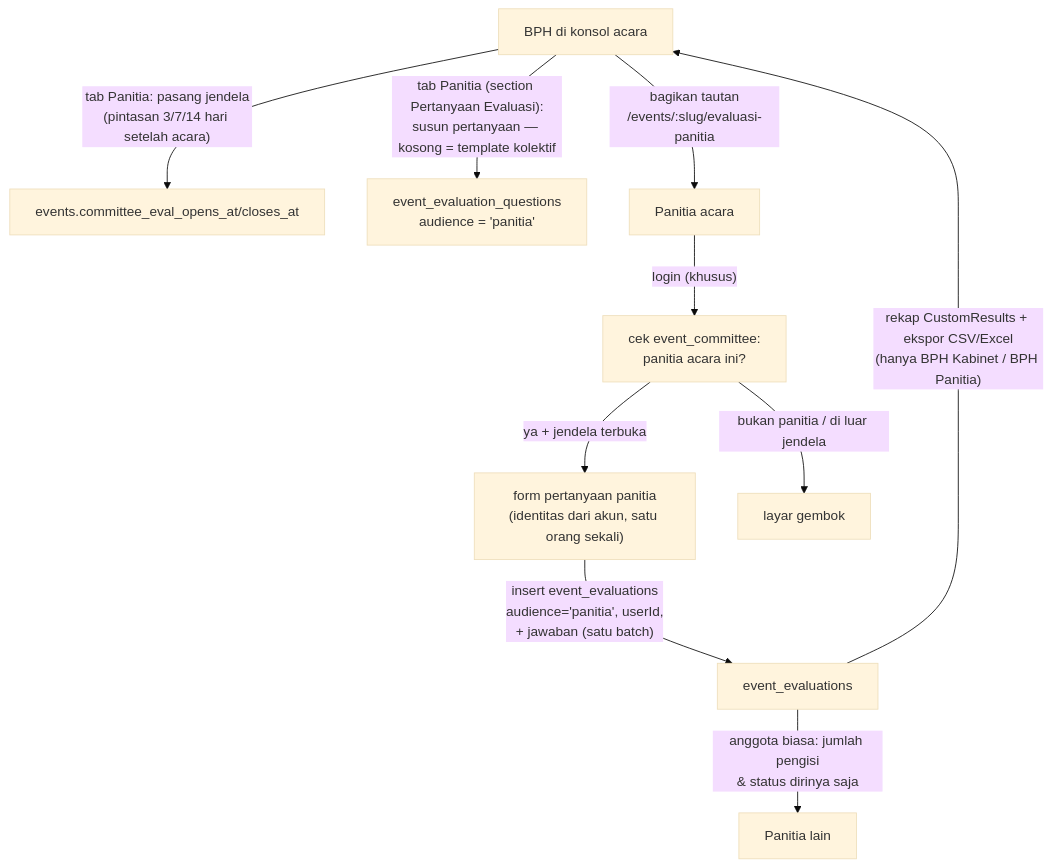
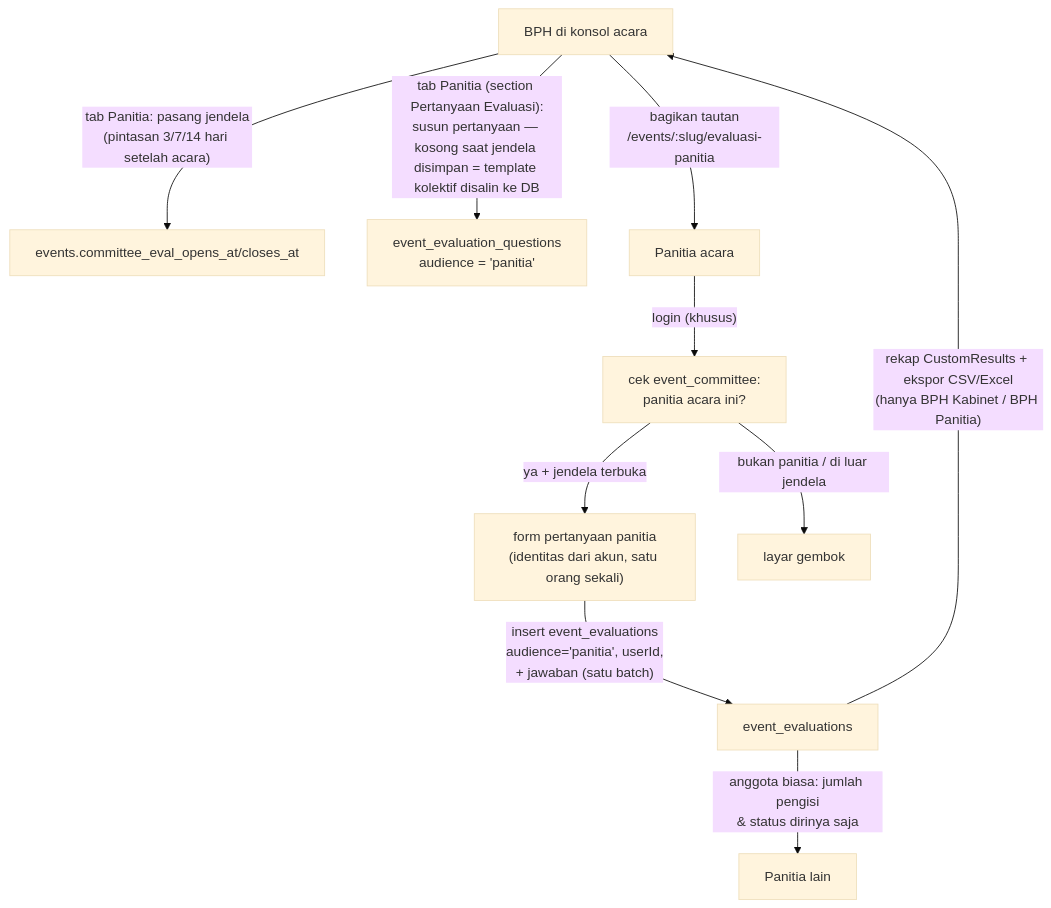
Before and after one commit to ppit-nanjing/PPIT_nanjing: the diagram in docs/Evaluasi Panitia Acara.md, drawn with Mermaid (base theme). The commit also changed other lines of this file and 13 other files, not shown here.

````diff
--- a/docs/Evaluasi Panitia Acara.md
+++ b/docs/Evaluasi Panitia Acara.md
@@ -22,12 +22,12 @@
 ```mermaid
 flowchart TD
     BPH["BPH di konsol acara"] -->|"tab Panitia: pasang jendela<br/>(pintasan 3/7/14 hari setelah acara)"| W["events.committee_eval_opens_at/closes_at"]
-    BPH -->|"tab Panitia (section Pertanyaan Evaluasi):<br/>susun pertanyaan — kosong = template kolektif"| Q["event_evaluation_questions<br/>audience = 'panitia'"]
+    BPH -->|"tab Panitia (section Pertanyaan Evaluasi):<br/>susun pertanyaan — kosong saat jendela disimpan = template kolektif disalin ke DB"| Q["event_evaluation_questions<br/>audience = 'panitia'"]
     BPH -->|"bagikan tautan<br/>/events/:slug/evaluasi-panitia"| P["Panitia acara"]
     P -->|"login (khusus)"| C["cek event_committee:<br/>panitia acara ini?"]
     C -->|"ya + jendela terbuka"| F["form pertanyaan panitia<br/>(identitas dari akun, satu orang sekali)"]
     C -->|"bukan panitia / di luar jendela"| L["layar gembok"]
     F -->|"insert event_evaluations<br/>audience='panitia', userId,<br/>+ jawaban (satu batch)"| R["event_evaluations"]
     R -->|"rekap CustomResults + ekspor CSV/Excel<br/>(hanya BPH Kabinet / BPH Panitia)"| BPH
     R -->|"anggota biasa: jumlah pengisi<br/>& status dirinya saja"| O["Panitia lain"]
 ```
````
